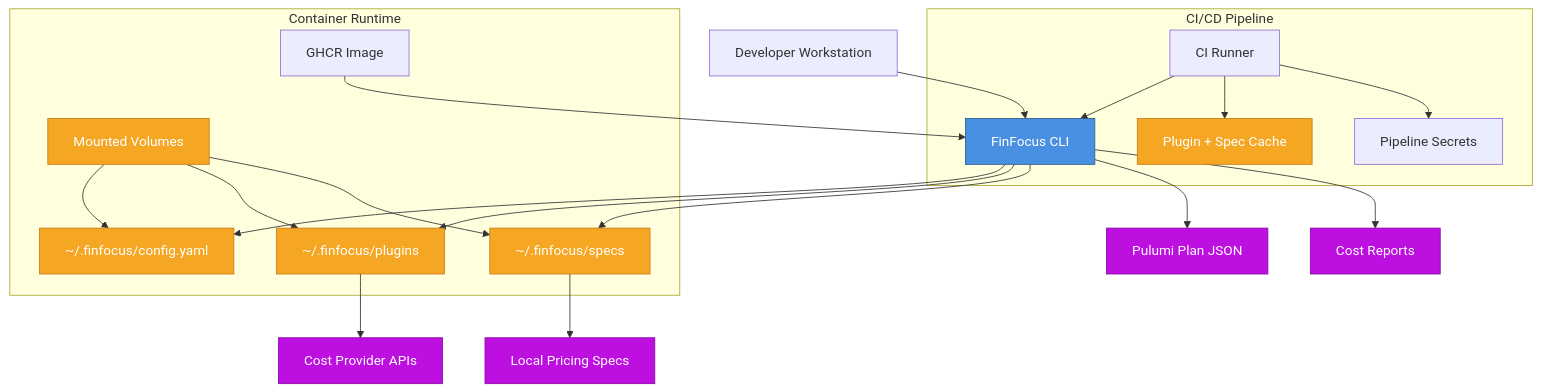
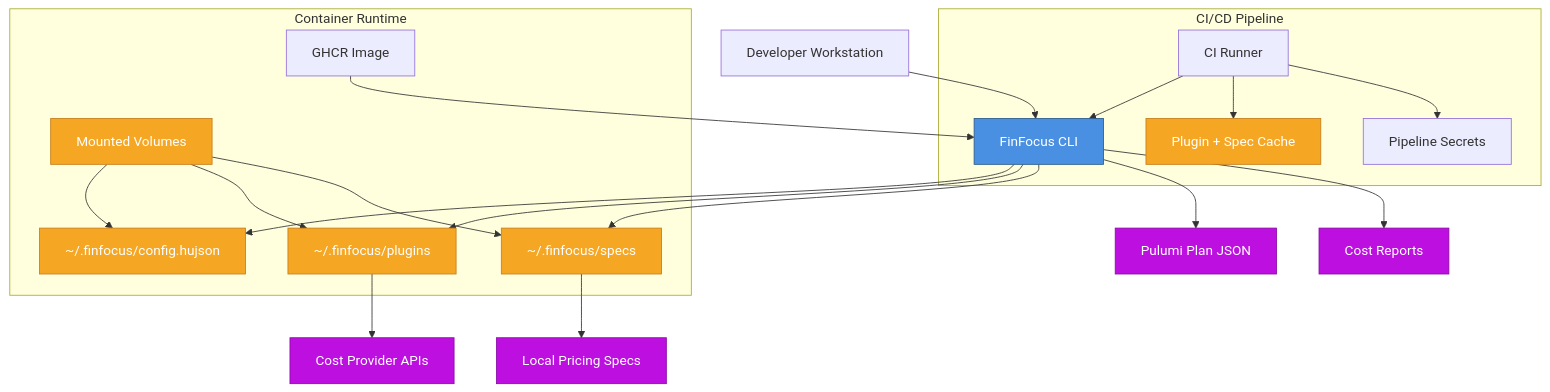
Before and after one commit to rshade/finfocus: the diagram in docs/src/content/docs/deployment/deployment-architecture.md, drawn with Mermaid. The commit also changed 37 other files, not shown here.

````diff
--- a/docs/src/content/docs/deployment/deployment-architecture.md
+++ b/docs/src/content/docs/deployment/deployment-architecture.md
@@ -8,34 +8,34 @@
 ```mermaid
 graph TD
     Developer[Developer Workstation] --> CLI[FinFocus CLI]
-    CLI --> Config[~/.finfocus/config.yaml]
+    CLI --> Config[~/.finfocus/config.hujson]
     CLI --> Plugins[~/.finfocus/plugins]
     CLI --> Specs[~/.finfocus/specs]
 
     subgraph CI/CD Pipeline
         Runner[CI Runner] --> CLI
         Runner --> Cache[Plugin + Spec Cache]
         Runner --> Secrets[Pipeline Secrets]
     end
 
     subgraph Container Runtime
         Image[GHCR Image] --> CLI
         Volumes[Mounted Volumes] --> Config
         Volumes --> Plugins
         Volumes --> Specs
     end
 
     CLI --> Pulumi[Pulumi Plan JSON]
     CLI --> Reports[Cost Reports]
 
     Plugins --> ProviderAPIs[Cost Provider APIs]
     Specs --> LocalPricing[Local Pricing Specs]
 
     classDef core fill:#4A90E2,stroke:#2E5C8A,color:#fff
     classDef storage fill:#F5A623,stroke:#C77F1B,color:#fff
     classDef external fill:#BD10E0,stroke:#8B0AA8,color:#fff
 
     class CLI core
     class Config,Plugins,Specs,Cache,Volumes storage
     class Pulumi,ProviderAPIs,LocalPricing,Reports external
 ```
````
